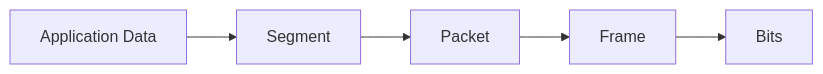
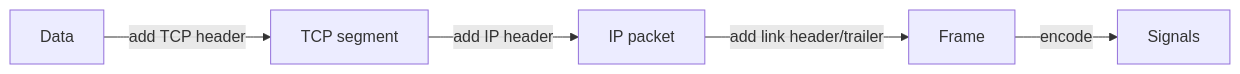
Before and after one commit to vanshbaranwal/backend-projects: the seventh of 11 diagrams in computer-network/02-network-models/network-models.md, drawn with Mermaid. The commit also changed other lines of this file and 2 other files, not shown here.

Commit message:
docs(networking): refine notes, analogies, and diagrams

````diff
--- a/computer-network/02-network-models/network-models.md
+++ b/computer-network/02-network-models/network-models.md
@@ -305,7 +350,7 @@
 ```mermaid
 flowchart LR
-    A[Application Data] --> B[Segment]
-    B --> C[Packet]
-    C --> D[Frame]
-    D --> E[Bits]
+    A[Data] -->|add TCP header| B[TCP segment]
+    B -->|add IP header| C[IP packet]
+    C -->|add link header/trailer| D[Frame]
+    D -->|encode| E[Signals]
 ```
````
